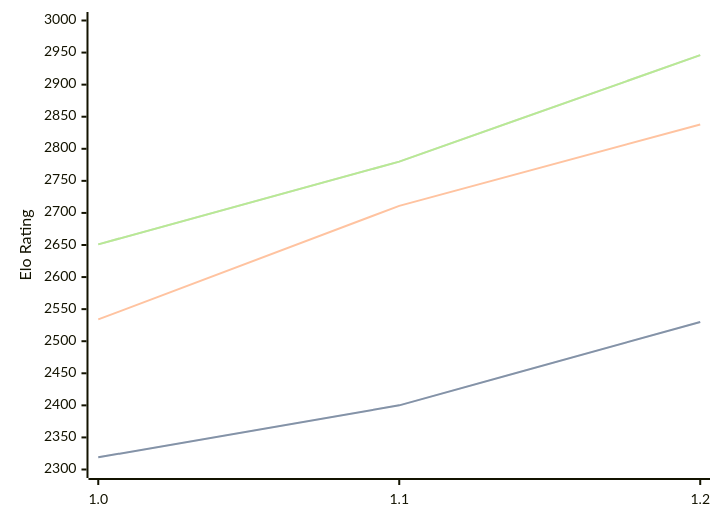
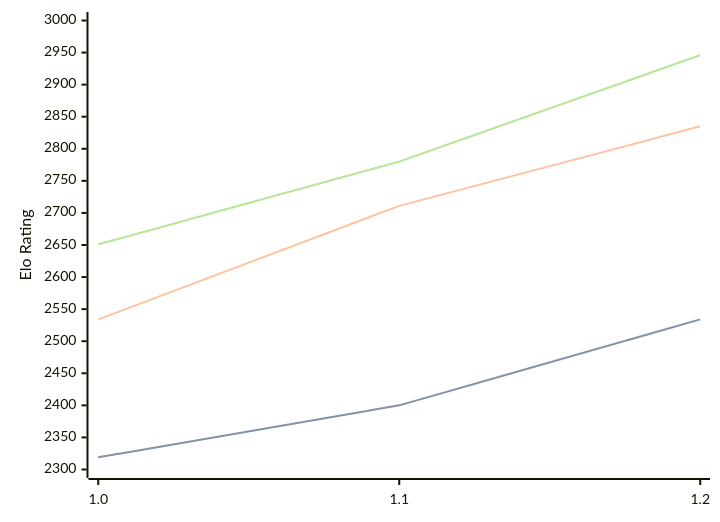
The diagram in engines/FoxChess.md (computer-chess-index/cci), drawn with Mermaid before and after one commit. The commit also changed other lines of this file, not shown here.

````diff
--- a/engines/FoxChess.md
+++ b/engines/FoxChess.md
@@ -33,11 +33,11 @@
 ```mermaid
 %%{init: {"theme":"base","themeVariables":{"seriesColors:['#a3a3a3','#222221','#faa371']}}}%%
 xychart-beta
   x-axis ["1.0", "1.1", "1.2"]
   y-axis "Elo Rating" 2300 --> 3000
-  line "" [2319, 2400, 2530]
-  line "STC (8.0+0.08s)" [2319, 2400, 2530]
-  line "LTC (60.0+0.60s)" [2534, 2711, 2838]
+  line "" [2319, 2400, 2534]
+  line "STC (8.0+0.08s)" [2319, 2400, 2534]
+  line "LTC (60.0+0.60s)" [2534, 2711, 2835]
   line "" [2651, 2780, 2946]
   line "VLTC (2m24s+1.12s)" [2651, 2780, 2946]
 ```
````
